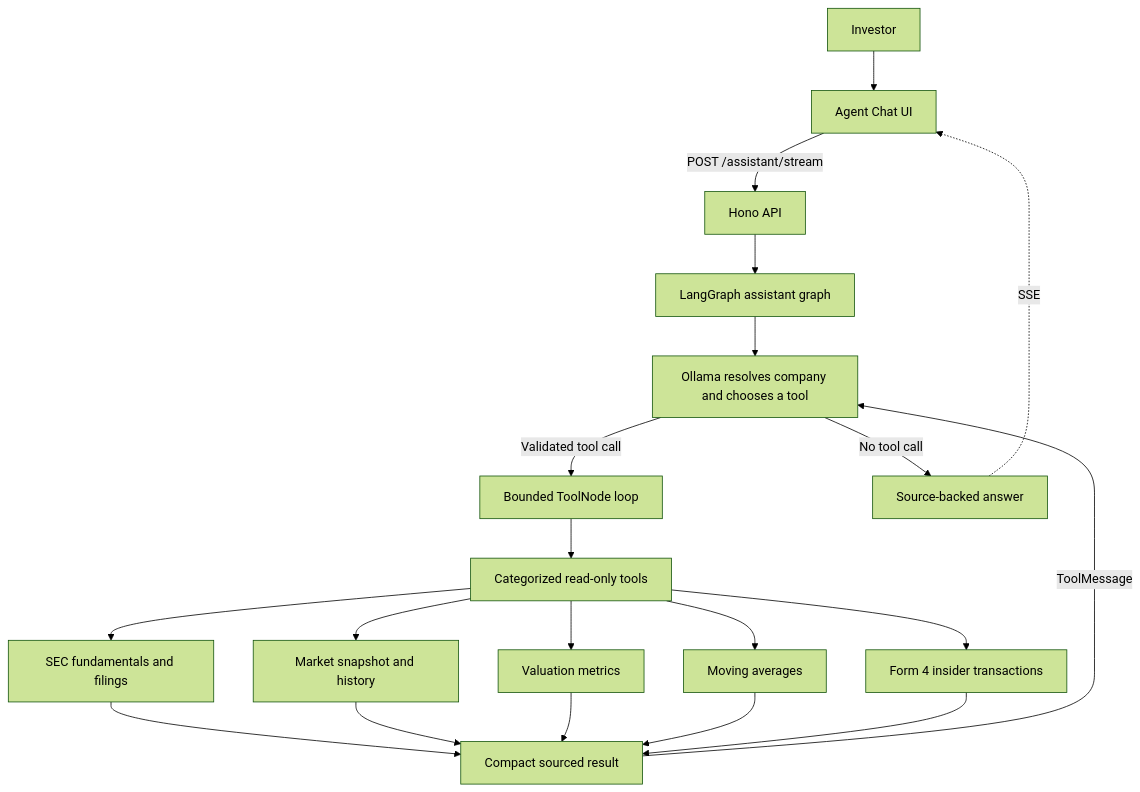
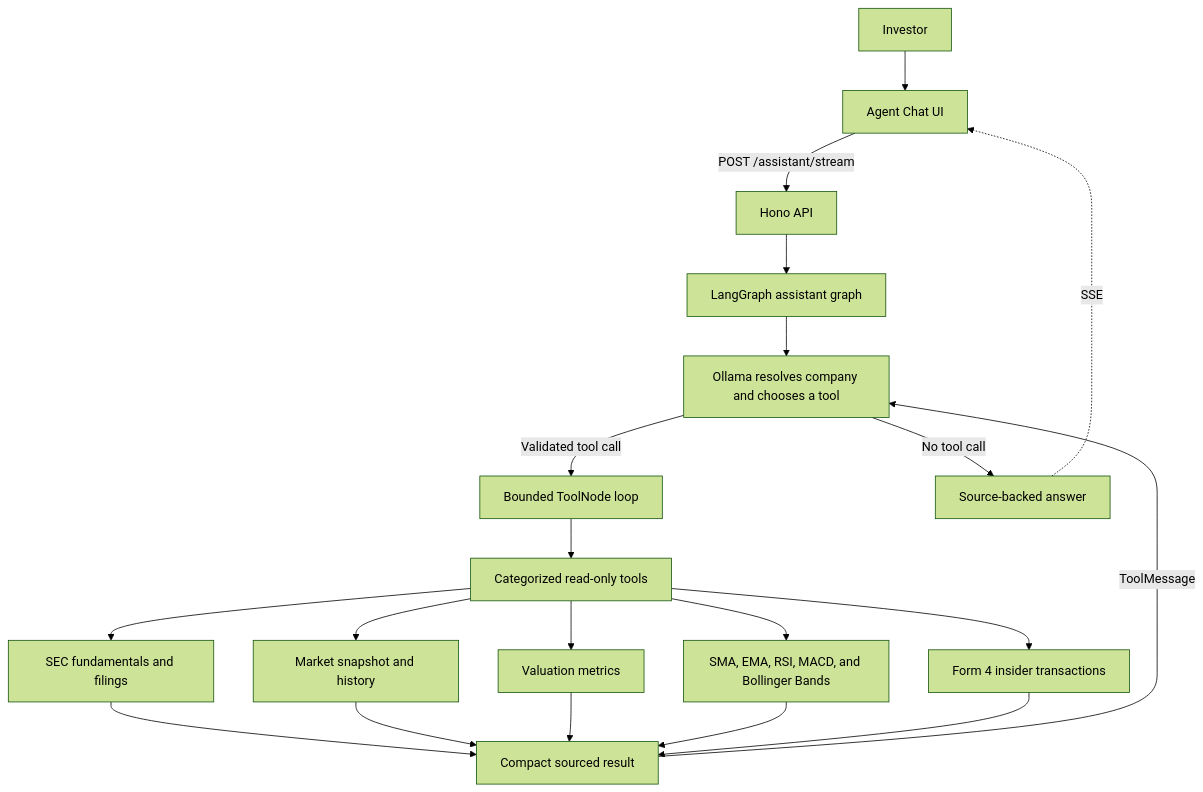
The second of 2 diagrams in README.md (YuFanDeng/investment-research-committee), drawn with Mermaid (forest theme) before and after one commit. The commit also changed other lines of this file and 31 other files, not shown here.

````diff
--- a/README.md
+++ b/README.md
@@ -54,22 +54,22 @@
 ```mermaid
 flowchart TB
     User[Investor] --> UI[Agent Chat UI]
     UI -->|POST /assistant/stream| API[Hono API]
     API --> Graph[LangGraph assistant graph]
     Graph --> Model[Ollama resolves company and chooses a tool]
     Model -->|Validated tool call| ToolNode[Bounded ToolNode loop]
     ToolNode --> Catalog[Categorized read-only tools]
     Catalog --> SEC[SEC fundamentals and filings]
     Catalog --> Market[Market snapshot and history]
     Catalog --> Valuation[Valuation metrics]
-    Catalog --> Technical[Moving averages]
+    Catalog --> Technical[SMA, EMA, RSI, MACD, and Bollinger Bands]
     Catalog --> Ownership[Form 4 insider transactions]
     SEC --> Result[Compact sourced result]
     Market --> Result
     Valuation --> Result
     Technical --> Result
     Ownership --> Result
     Result -->|ToolMessage| Model
     Model -->|No tool call| Answer[Source-backed answer]
     Answer -. SSE .-> UI
 ```
````
